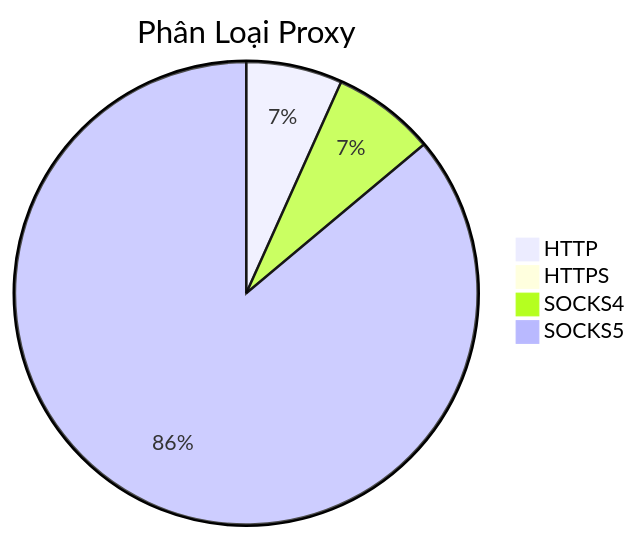
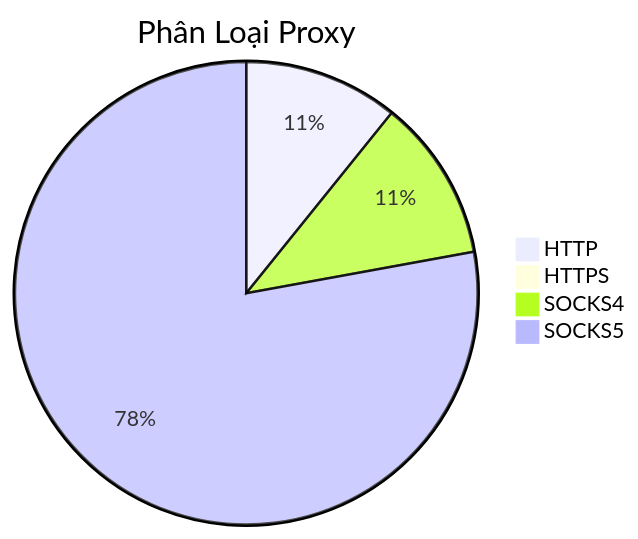
One commit to Ciara-Aa/PROXY-free changed the diagram in README.md. Above: the diagram before and after it, drawn with Mermaid. The commit also changed other lines of this file and 4 other files, not shown here.

````diff
--- a/README.md
+++ b/README.md
@@ -26,7 +26,7 @@
 ```mermaid
 pie title Phân Loại Proxy
-    "HTTP" : 389
-    "HTTPS" : 13
-    "SOCKS4" : 416
-    "SOCKS5" : 4984
+    "HTTP" : 386
+    "HTTPS" : 14
+    "SOCKS4" : 405
+    "SOCKS5" : 2784
 ```
````
